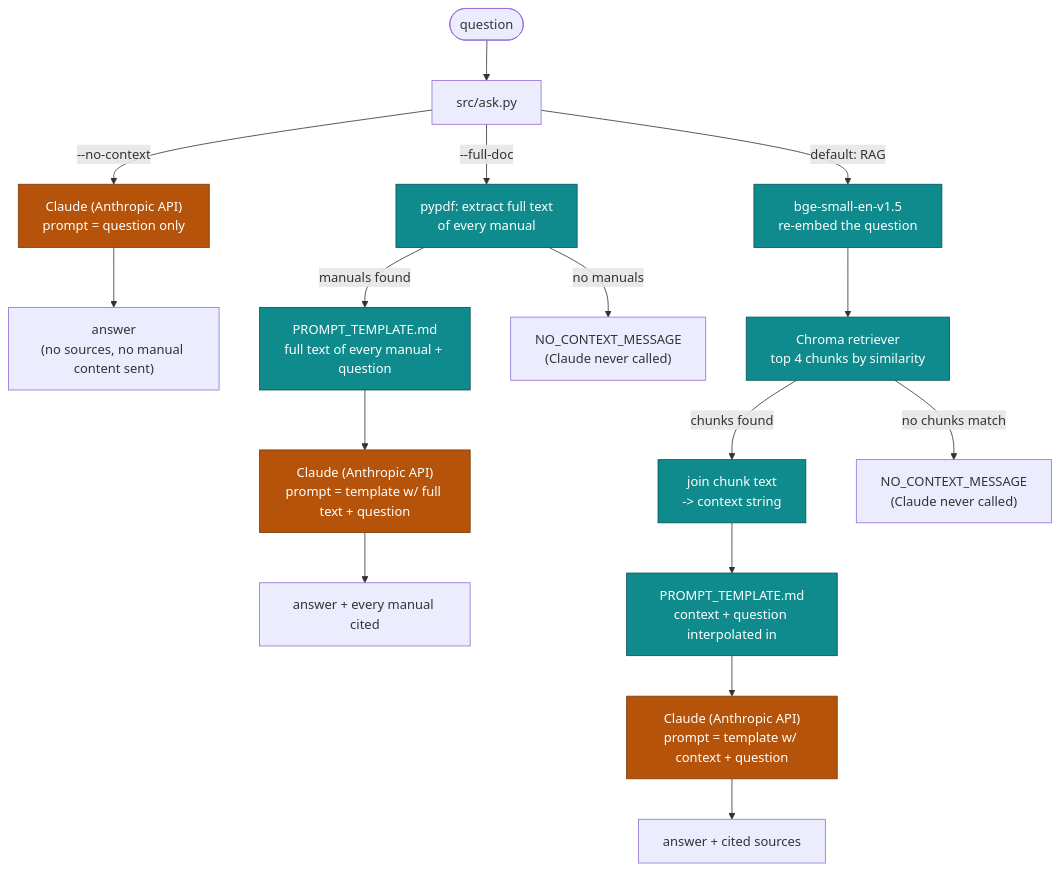
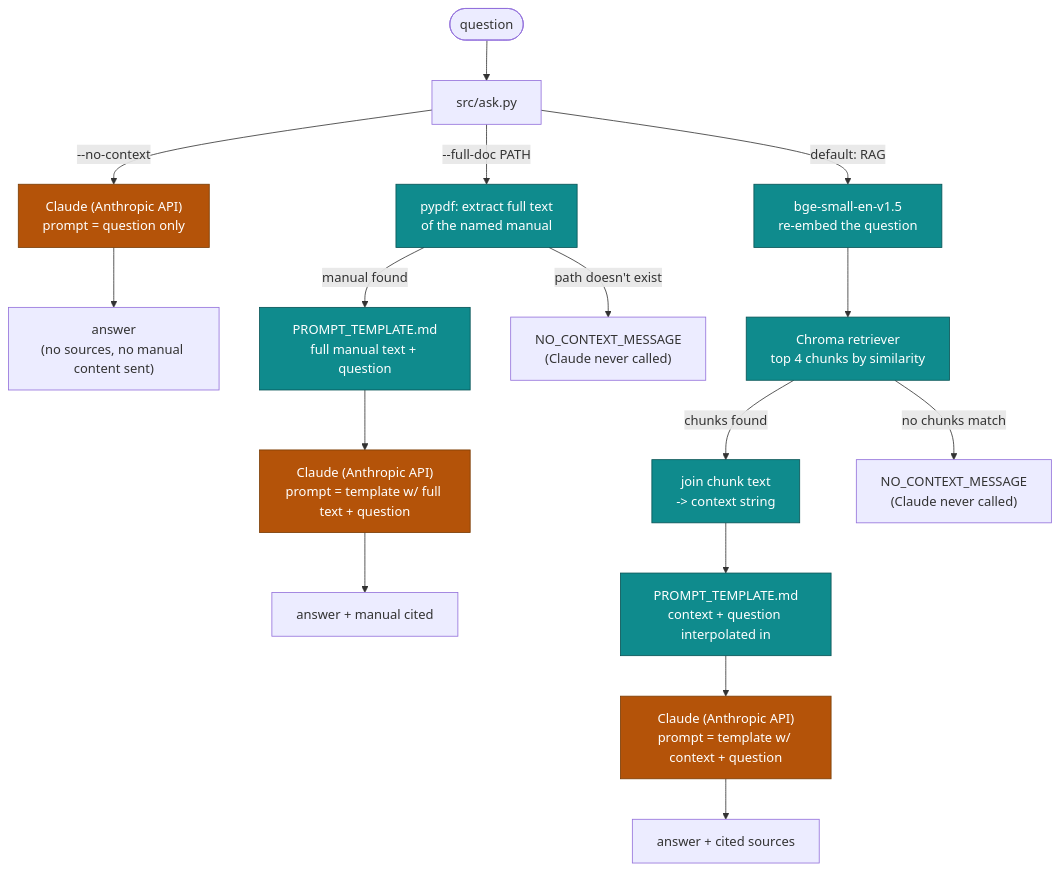
The second of 2 diagrams in docs/architecture.md (gorz-0815/rag-tfm), drawn with Mermaid before and after one commit. The commit also changed other lines of this file and 12 other files, not shown here.

First line of the commit message:
Switch to explicit single-manual-by-path, drop directory-wide scanning

````diff
--- a/docs/architecture.md
+++ b/docs/architecture.md
@@ -46,31 +53,31 @@
 ```mermaid
 flowchart TD
     Q(["question"]) --> CLI["src/ask.py"]
 
     CLI -->|"--no-context"| NR["Claude (Anthropic API)\nprompt = question only"]
     NR --> A1["answer\n(no sources, no manual content sent)"]
 
-    CLI -->|"--full-doc"| PDF["pypdf: extract full text\nof every manual"]
-    PDF -->|manuals found| FCTX["PROMPT_TEMPLATE.md\nfull text of every manual + question"]
-    PDF -->|"no manuals"| NOCTX2["NO_CONTEXT_MESSAGE\n(Claude never called)"]
+    CLI -->|"--full-doc PATH"| PDF["pypdf: extract full text\nof the named manual"]
+    PDF -->|manual found| FCTX["PROMPT_TEMPLATE.md\nfull manual text + question"]
+    PDF -->|"path doesn't exist"| NOCTX2["NO_CONTEXT_MESSAGE\n(Claude never called)"]
     FCTX --> FLLM["Claude (Anthropic API)\nprompt = template w/ full text + question"]
-    FLLM --> A3["answer + every manual cited"]
+    FLLM --> A3["answer + manual cited"]
 
     CLI -->|"default: RAG"| EMB["bge-small-en-v1.5\nre-embed the question"]
     EMB --> RET["Chroma retriever\ntop 4 chunks by similarity"]
     RET -->|chunks found| JOIN["join chunk text\n-> context string"]
     JOIN --> CTX["PROMPT_TEMPLATE.md\ncontext + question interpolated in"]
     RET -->|"no chunks match"| NOCTX["NO_CONTEXT_MESSAGE\n(Claude never called)"]
     CTX --> LLM["Claude (Anthropic API)\nprompt = template w/ context + question"]
     LLM --> A2["answer + cited sources"]
 
     style EMB fill:#0f8b8d,stroke:#075355,color:#ffffff
     style RET fill:#0f8b8d,stroke:#075355,color:#ffffff
     style JOIN fill:#0f8b8d,stroke:#075355,color:#ffffff
     style CTX fill:#0f8b8d,stroke:#075355,color:#ffffff
     style PDF fill:#0f8b8d,stroke:#075355,color:#ffffff
     style FCTX fill:#0f8b8d,stroke:#075355,color:#ffffff
     style NR fill:#b45309,stroke:#7a3d05,color:#ffffff
     style LLM fill:#b45309,stroke:#7a3d05,color:#ffffff
     style FLLM fill:#b45309,stroke:#7a3d05,color:#ffffff
 ```
````
